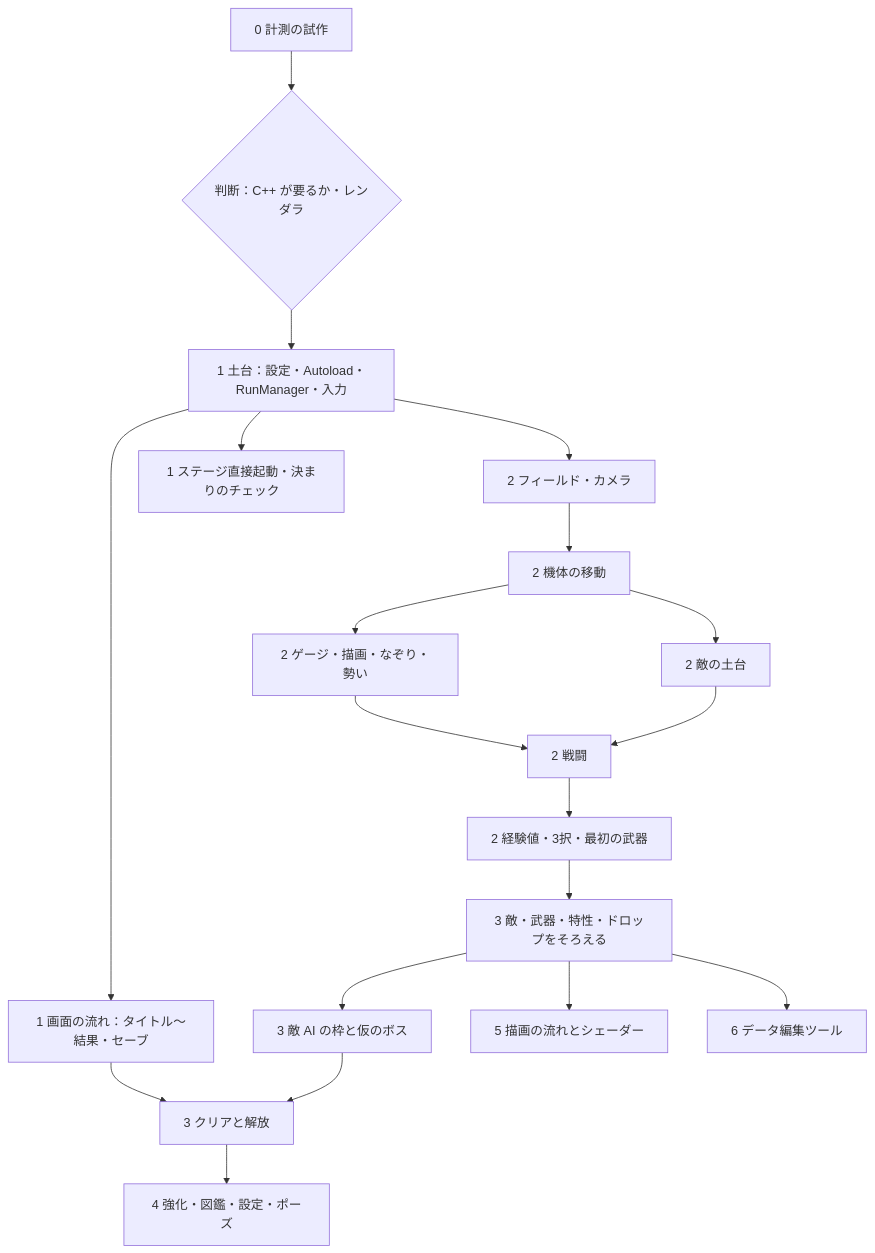
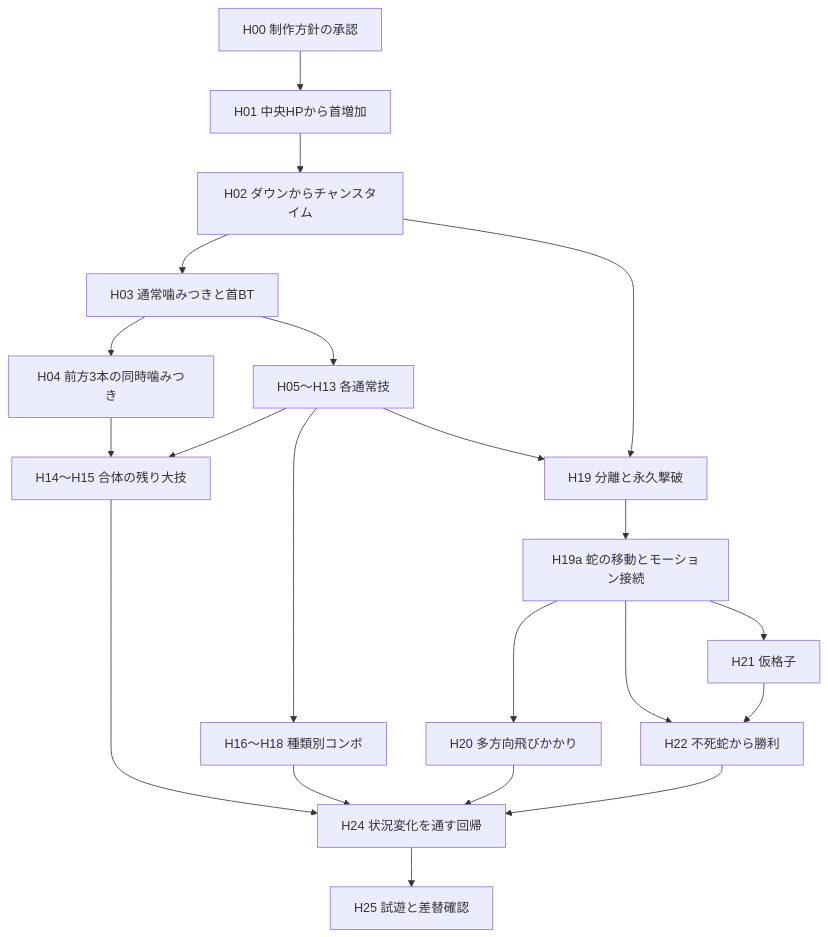
The diagram in tasks/plan.md (Tomatoguy1029/speed), drawn with Mermaid before and after one commit. The commit also changed other lines of this file and 9 other files, not shown here.

````diff
--- a/tasks/plan.md
+++ b/tasks/plan.md
@@ -31,21 +56,23 @@
 ```mermaid
-flowchart TB
-  P0[0 計測の試作] --> C0{判断：C++ が要るか・レンダラ}
-  C0 --> A[1 土台：設定・Autoload・RunManager・入力]
-  A --> B[1 画面の流れ：タイトル〜結果・セーブ]
-  A --> L[1 ステージ直接起動・決まりのチェック]
-  A --> F[2 フィールド・カメラ]
-  F --> S[2 機体の移動]
-  S --> D[2 ゲージ・描画・なぞり・勢い]
-  S --> E[2 敵の土台]
-  D --> K[2 戦闘]
-  E --> K
-  K --> X[2 経験値・3択・最初の武器]
-  X --> M[3 敵・武器・特性・ドロップをそろえる]
-  M --> BOSS[3 敵 AI の枠と仮のボス]
-  BOSS --> CLR[3 クリアと解放]
-  B --> CLR
-  CLR --> META[4 強化・図鑑・設定・ポーズ]
-  M --> R[5 描画の流れとシェーダー]
-  M --> T[6 データ編集ツール]
+flowchart TD
+  CP0[H00 制作方針の承認] --> CORE[H01 中央HPから首増加]
+  CORE --> DOWN[H02 ダウンからチャンスタイム]
+  DOWN --> BITE[H03 通常噛みつきと首BT]
+  BITE --> SYNC[H04 前方3本の同時噛みつき]
+  BITE --> NORMAL[H05〜H13 各通常技]
+  SYNC --> MAJOR[H14〜H15 合体の残り大技]
+  NORMAL --> MAJOR
+  NORMAL --> COMBO[H16〜H18 種類別コンボ]
+  NORMAL --> SPLIT[H19 分離と永久撃破]
+  DOWN --> SPLIT
+  SPLIT --> MOTION[H19a 蛇の移動とモーション接続]
+  MOTION --> RUSH[H20 多方向飛びかかり]
+  MOTION --> GRID[H21 仮格子]
+  MOTION --> FINAL[H22 不死蛇から勝利]
+  GRID --> FINAL
+  MAJOR --> INTEGRATION[H24 状況変化を通す回帰]
+  COMBO --> INTEGRATION
+  RUSH --> INTEGRATION
+  FINAL --> INTEGRATION
+  INTEGRATION --> HANDOFF[H25 試遊と差替確認]
 ```
````
